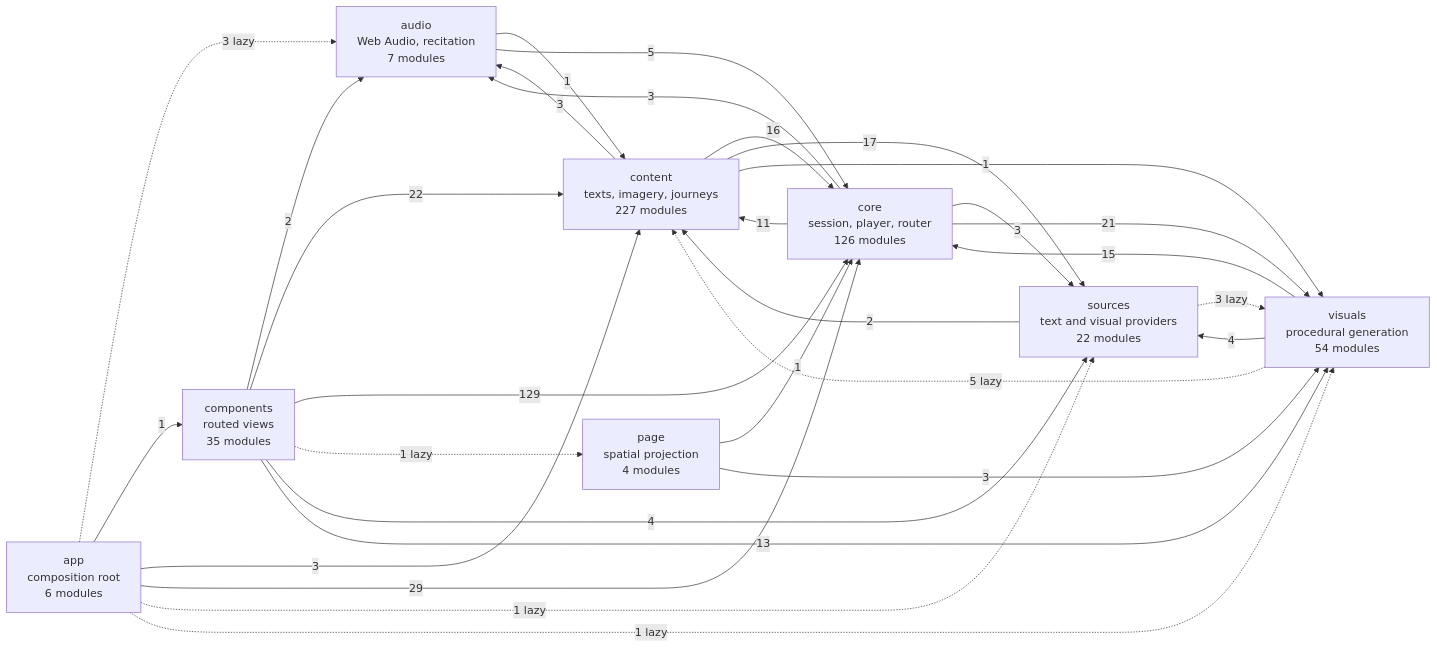
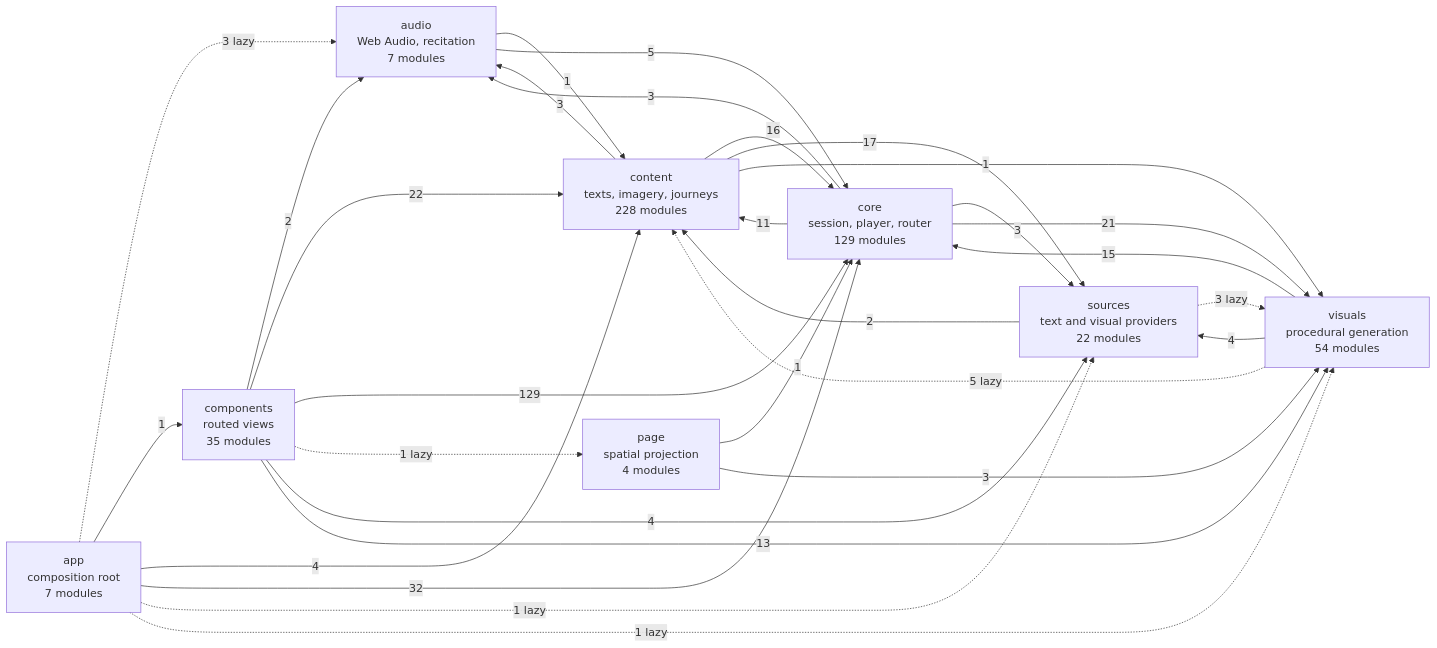
The diagram in docs/specs/ARCHITECTURE.md (SyberLabs/RISE), drawn with Mermaid before and after one commit.

Commit message:
Regenerate architecture diagram for new modules

````diff
--- a/docs/specs/ARCHITECTURE.md
+++ b/docs/specs/ARCHITECTURE.md
@@ -160,41 +160,41 @@
 ```mermaid
 flowchart LR
-    app["app<br/>composition root<br/>6 modules"]
+    app["app<br/>composition root<br/>7 modules"]
     audio["audio<br/>Web Audio, recitation<br/>7 modules"]
     components["components<br/>routed views<br/>35 modules"]
-    content["content<br/>texts, imagery, journeys<br/>227 modules"]
-    core["core<br/>session, player, router<br/>126 modules"]
+    content["content<br/>texts, imagery, journeys<br/>228 modules"]
+    core["core<br/>session, player, router<br/>129 modules"]
     page["page<br/>spatial projection<br/>4 modules"]
     sources["sources<br/>text and visual providers<br/>22 modules"]
     visuals["visuals<br/>procedural generation<br/>54 modules"]
 
     app -.-> |3 lazy| audio
     app --> |1| components
-    app --> |3| content
-    app --> |29| core
+    app --> |4| content
+    app --> |32| core
     app -.-> |1 lazy| sources
     app -.-> |1 lazy| visuals
     audio --> |1| content
     audio --> |5| core
     components --> |2| audio
     components --> |22| content
     components --> |129| core
     components -.-> |1 lazy| page
     components --> |4| sources
     components --> |13| visuals
     content --> |3| audio
     content --> |16| core
     content --> |17| sources
     content --> |1| visuals
     core --> |3| audio
     core --> |11| content
     core --> |3| sources
     core --> |21| visuals
     page --> |1| core
     page --> |3| visuals
     sources --> |2| content
     sources -.-> |3 lazy| visuals
     visuals -.-> |5 lazy| content
     visuals --> |15| core
     visuals --> |4| sources
 ```
````
